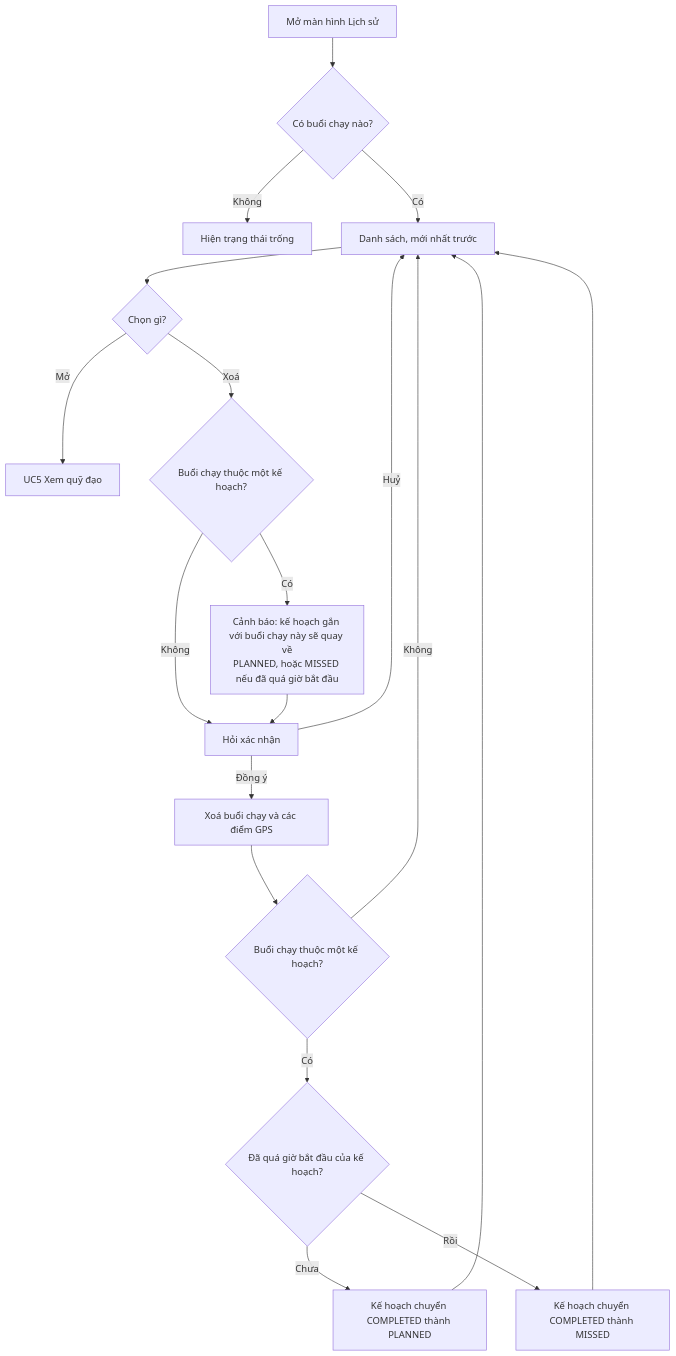
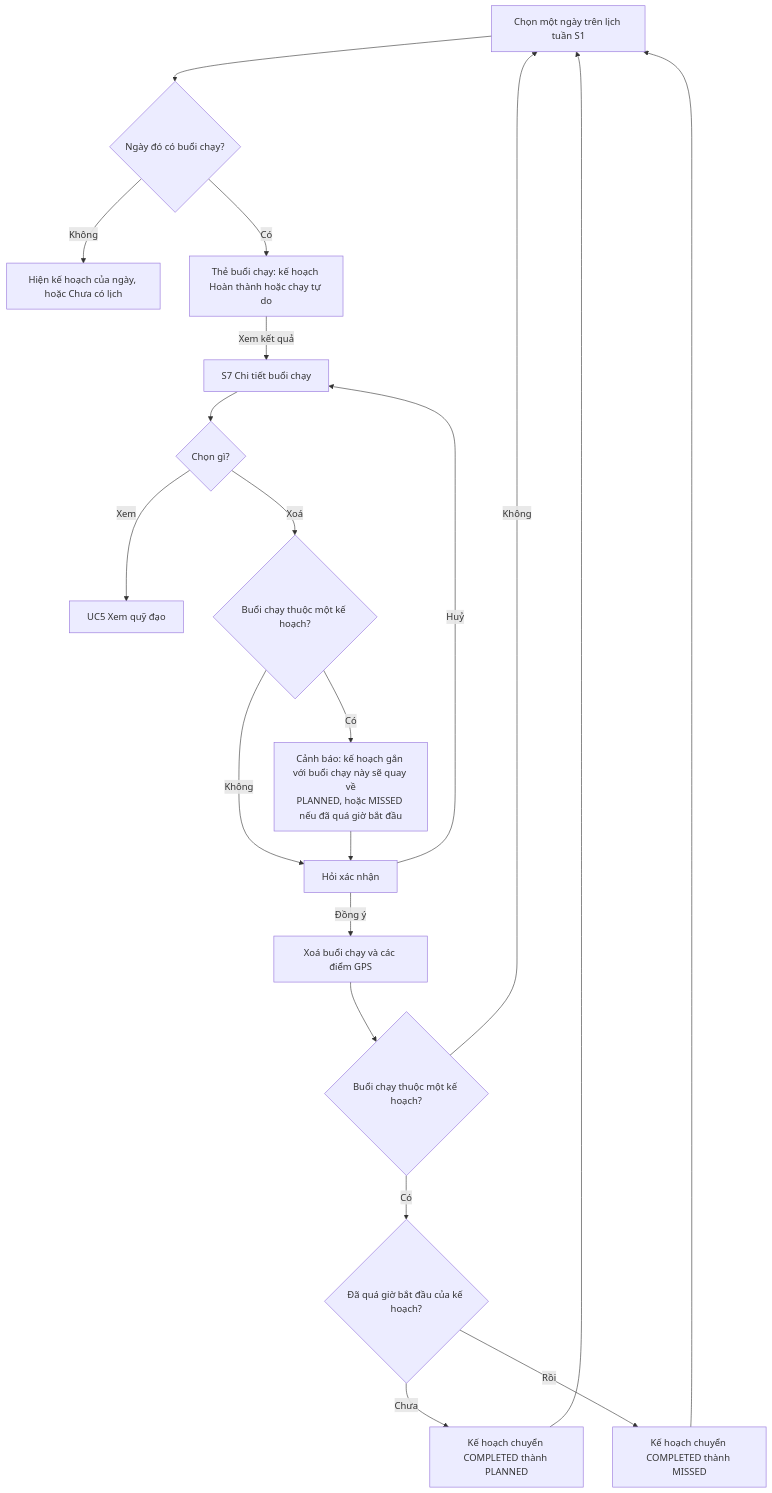
The sixth of 10 diagrams in docs/SPEC.md (Nha-Cong-Dong/RunMate), drawn with Mermaid before and after one commit. The commit also changed other lines of this file and 1 other file, not shown here.

Commit message:
docs: S1 lịch tuần có lịch sử, S8 thống kê, xoá kế hoạch giữ buổi chạy

````diff
--- a/docs/SPEC.md
+++ b/docs/SPEC.md
@@ -199,21 +199,22 @@
 ```mermaid
 flowchart TD
-    A[Mở màn hình Lịch sử] --> B{Có buổi chạy nào?}
-    B -- Không --> C[Hiện trạng thái trống]
-    B -- Có --> D[Danh sách, mới nhất trước]
-    D --> E{Chọn gì?}
-    E -- Mở --> F[UC5 Xem quỹ đạo]
+    A[Chọn một ngày trên lịch tuần S1] --> B{Ngày đó có buổi chạy?}
+    B -- Không --> C[Hiện kế hoạch của ngày, hoặc Chưa có lịch]
+    B -- Có --> D[Thẻ buổi chạy: kế hoạch Hoàn thành hoặc chạy tự do]
+    D -- Xem kết quả --> S7[S7 Chi tiết buổi chạy]
+    S7 --> E{Chọn gì?}
+    E -- Xem --> F[UC5 Xem quỹ đạo]
     E -- Xoá --> P{Buổi chạy thuộc một kế hoạch?}
     P -- Không --> G[Hỏi xác nhận]
     P -- Có --> W[Cảnh báo: kế hoạch gắn với buổi chạy này sẽ quay về<br/>PLANNED, hoặc MISSED nếu đã quá giờ bắt đầu]
     W --> G
     G -- Đồng ý --> H[Xoá buổi chạy và các điểm GPS]
     H --> R{Buổi chạy thuộc một kế hoạch?}
-    R -- Không --> D
+    R -- Không --> A
     R -- Có --> T{Đã quá giờ bắt đầu của kế hoạch?}
     T -- Chưa --> T1[Kế hoạch chuyển COMPLETED thành PLANNED]
     T -- Rồi --> T2[Kế hoạch chuyển COMPLETED thành MISSED]
-    T1 --> D
-    T2 --> D
-    G -- Huỷ --> D
+    T1 --> A
+    T2 --> A
+    G -- Huỷ --> S7
 ```
````
